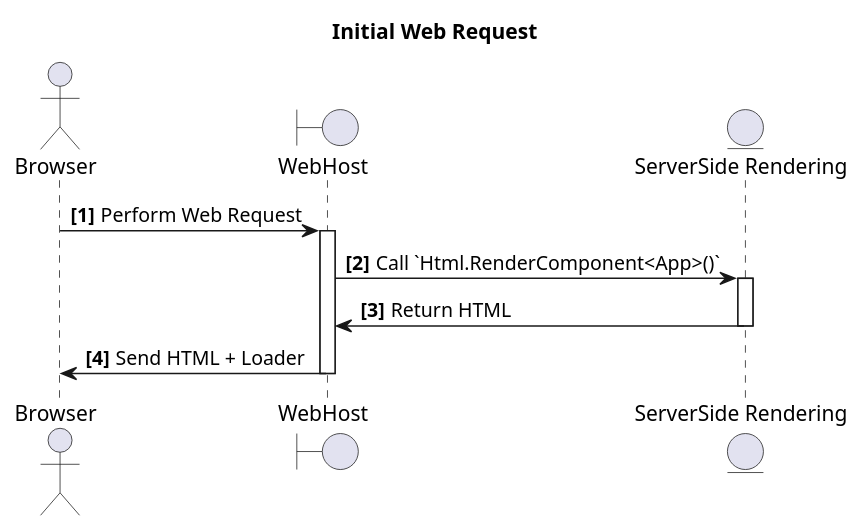
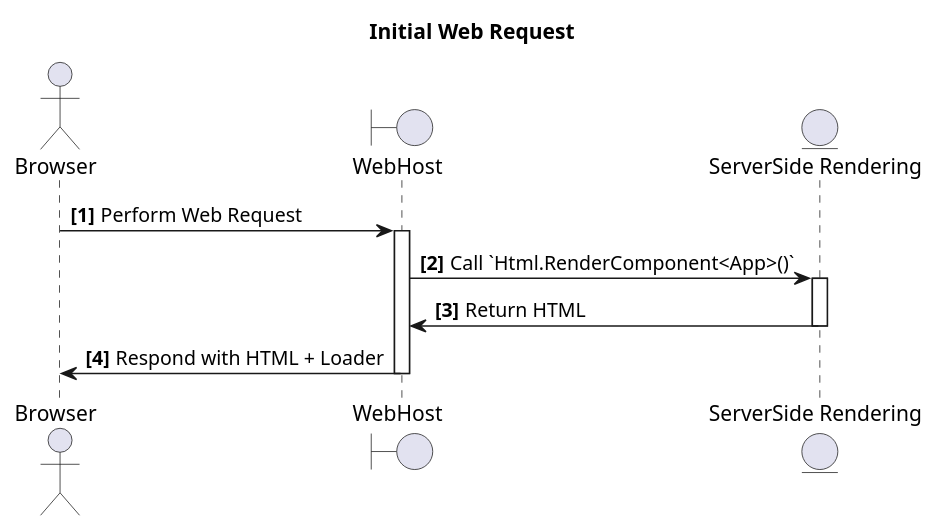
Before and after one commit to isc30/instant-blazor: the diagram in doc/diagrams/InitialWebRequest.puml, drawn with PlantUML. The commit also changed 2 other files, not shown here.

```diff
--- a/doc/diagrams/InitialWebRequest.puml
+++ b/doc/diagrams/InitialWebRequest.puml
@@ -1,21 +1,21 @@
 @startuml
 
-title: Initial Web Request
+title Initial Web Request
 
 skinparam componentStyle uml2
 autonumber "<b>[0]"
 
 actor Browser
 boundary "WebHost" as Host
 entity "ServerSide Rendering" as SSR
 
 Browser -> Host : Perform Web Request
 activate Host
 Host -> SSR : Call `Html.RenderComponent<App>()`
 activate SSR
 SSR -> Host : Return HTML
 deactivate SSR
-Host -> Browser : Send HTML + Loader
+Host -> Browser : Respond with HTML + Loader
 deactivate Host
 
 @enduml
```
